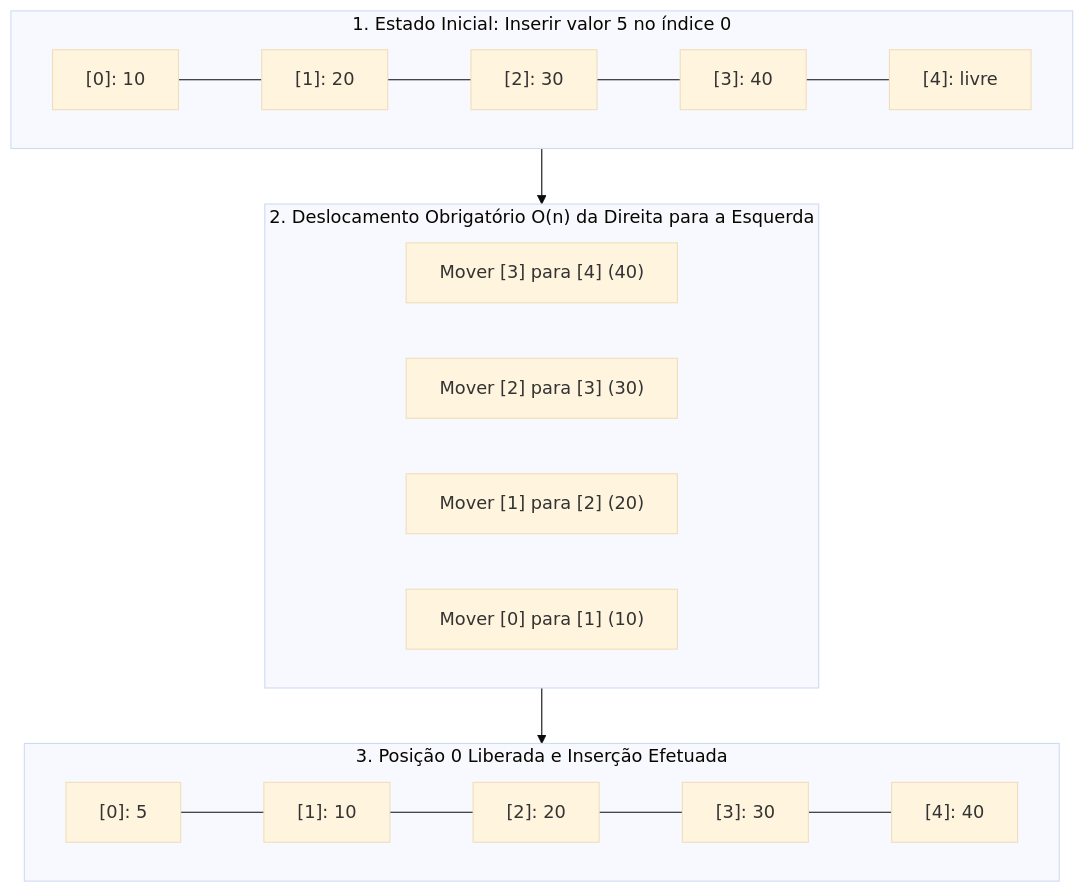
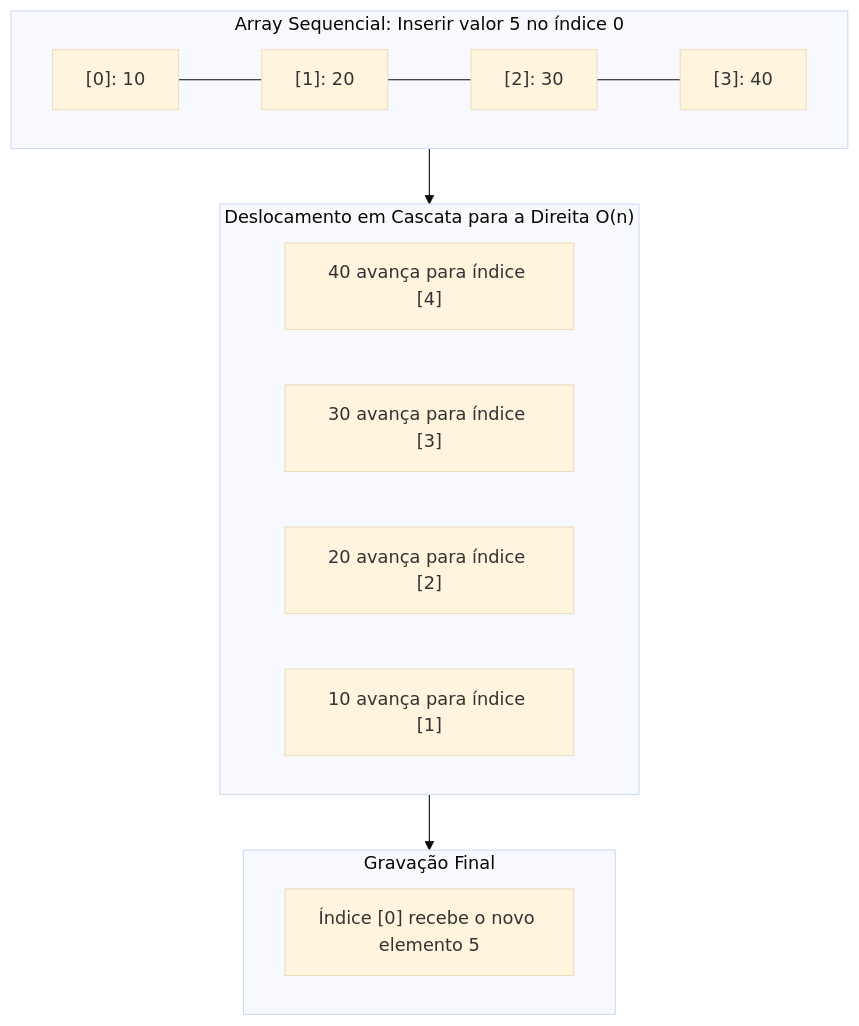
One commit to murilolol/unifef changed diagram 13 of 27 in 4º Semestre/[Prof. Wesley Soares] Estrutura de Dados I/Resumos-IA/Caderno-Consolidado.md. Above: the diagram before and after it, drawn with Mermaid (base theme). The commit also changed other lines of this file and 40 other files, not shown here.

````diff
--- a/4º Semestre/[Prof. Wesley Soares] Estrutura de Dados I/Resumos-IA/Caderno-Consolidado.md
+++ b/4º Semestre/[Prof. Wesley Soares] Estrutura de Dados I/Resumos-IA/Caderno-Consolidado.md
@@ -526,19 +622,19 @@
 ```mermaid
 flowchart TD
-    subgraph EstadoInicial["1. Estado Inicial: Inserir valor 5 no índice 0"]
-        E0["[0]: 10"] --- E1["[1]: 20"] --- E2["[2]: 30"] --- E3["[3]: 40"] --- E4["[4]: livre"]
+    subgraph VetorOriginal["Array Sequencial: Inserir valor 5 no índice 0"]
+        V0["[0]: 10"] --- V1["[1]: 20"] --- V2["[2]: 30"] --- V3["[3]: 40"]
     end
-
-    subgraph Deslocamento["2. Deslocamento Obrigatório O(n) da Direita para a Esquerda"]
-        M3["Mover [3] para [4] (40)"]
-        M2["Mover [2] para [3] (30)"]
-        M1["Mover [1] para [2] (20)"]
-        M0["Mover [0] para [1] (10)"]
+    
+    subgraph DeslocamentoDir["Deslocamento em Cascata para a Direita O(n)"]
+        D3["40 avança para índice [4]"]
+        D2["30 avança para índice [3]"]
+        D1["20 avança para índice [2]"]
+        D0["10 avança para índice [1]"]
     end
-
-    subgraph Insercao["3. Posição 0 Liberada e Inserção Efetuada"]
-        F0["[0]: 5"] --- F1["[1]: 10"] --- F2["[2]: 20"] --- F3["[3]: 30"] --- F4["[4]: 40"]
+    
+    subgraph PosInsercao["Gravação Final"]
+        Novo["Índice [0] recebe o novo elemento 5"]
     end
-
-    EstadoInicial --> Deslocamento --> Insercao
+    
+    VetorOriginal --> DeslocamentoDir --> PosInsercao
 ```
````
